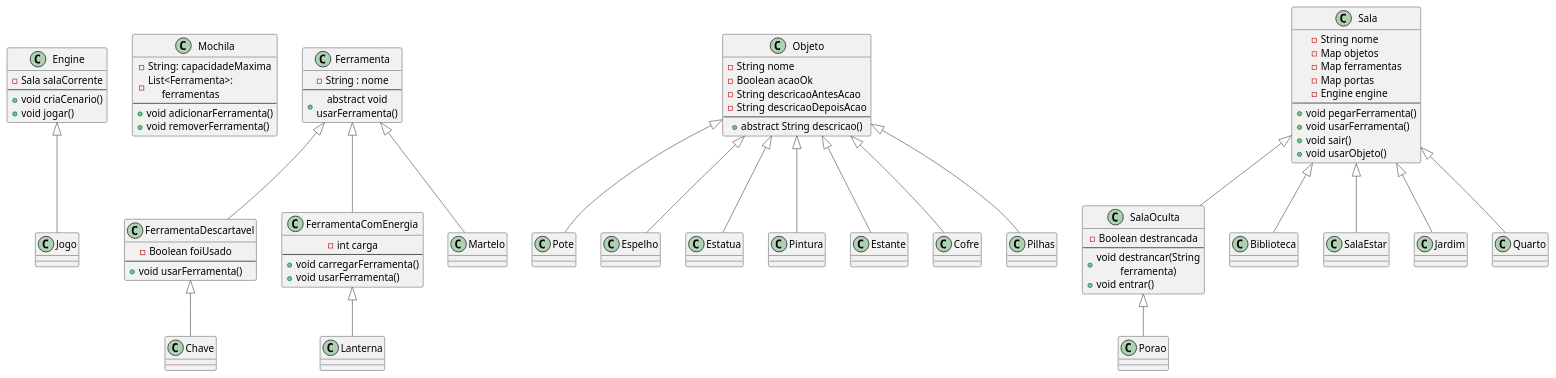
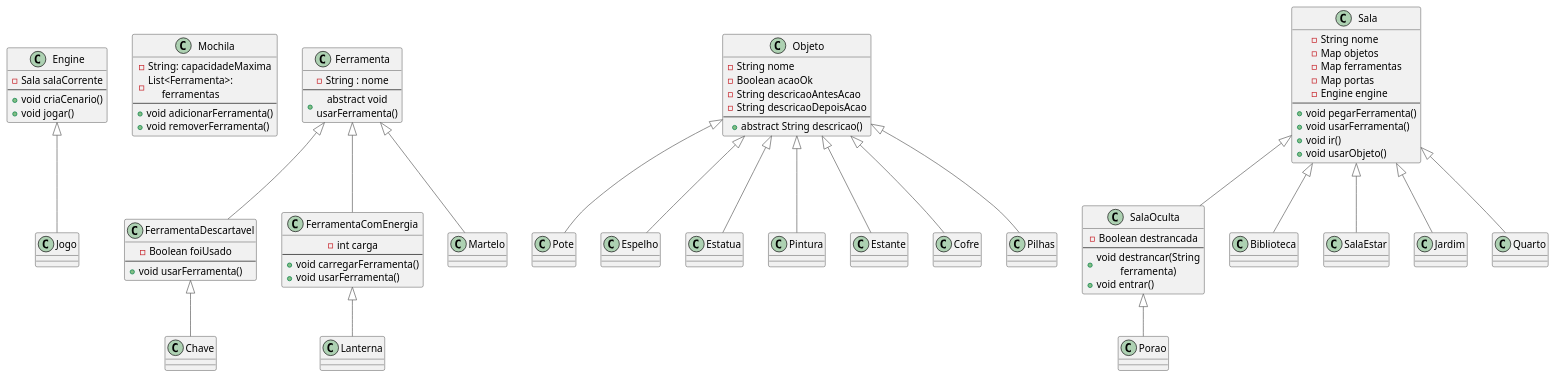
The diagram in drgClasses.puml (juliakriedte/G12_TF), drawn with PlantUML before and after one commit. The commit also changed 21 other files, not shown here.

```diff
--- a/drgClasses.puml
+++ b/drgClasses.puml
@@ -1,91 +1,91 @@
 @startuml C4_Elements
 !include https://raw.githubusercontent.com/plantuml-stdlib/C4-PlantUML/master/C4_Container.puml
 
 class Engine {
     -Sala salaCorrente
     --
     +void criaCenario()
     +void jogar()
 }
 
 class Mochila {
     -String: capacidadeMaxima
     -List<Ferramenta>: ferramentas
     --
     +void adicionarFerramenta()
     +void removerFerramenta()
 }
 
 class Ferramenta {
     -String : nome
     --
     +abstract void usarFerramenta()
 }
 
 class FerramentaDescartavel extends Ferramenta {
     -Boolean foiUsado
     --
     +void usarFerramenta()
 }
 
 class FerramentaComEnergia extends Ferramenta {
     -int carga
     --
     +void carregarFerramenta()
     +void usarFerramenta()
 }
 
 class Objeto {
     -String nome
     -Boolean acaoOk
     -String descricaoAntesAcao
     -String descricaoDepoisAcao
     --
     +abstract String descricao()
 }
 
 class Sala {
     -String nome
     -Map objetos
     -Map ferramentas
     -Map portas
     -Engine engine
     --
     +void pegarFerramenta()
     +void usarFerramenta()
-    +void sair()
+    +void ir()
     +void usarObjeto()
 }
 
 class SalaOculta extends Sala {
     -Boolean destrancada
     --
     +void destrancar(String ferramenta)
     +void entrar()
 }
 
 
 'Ferramentas
 class Lanterna extends FerramentaComEnergia
 class Chave extends FerramentaDescartavel
 class Martelo extends Ferramenta
 
 'Objetos
 class Pote extends Objeto
 class Espelho extends Objeto
 class Estatua extends Objeto
 class Pintura extends Objeto
 class Estante extends Objeto
 class Cofre extends Objeto
 class Pilhas extends Objeto
 
 'Salas
 class Biblioteca extends Sala
 class Porao extends SalaOculta
 class SalaEstar extends Sala
 class Jardim extends Sala
 class Quarto extends Sala
 
 Engine <|-- Jogo
 
 @enduml
```
